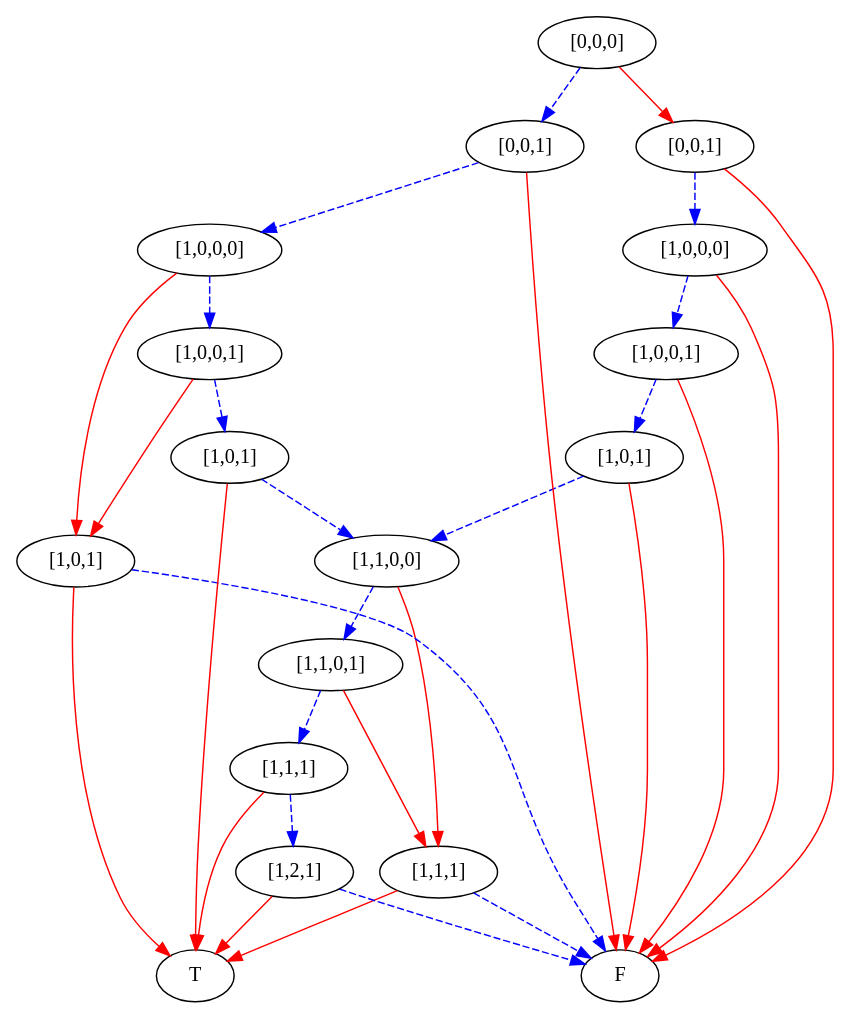
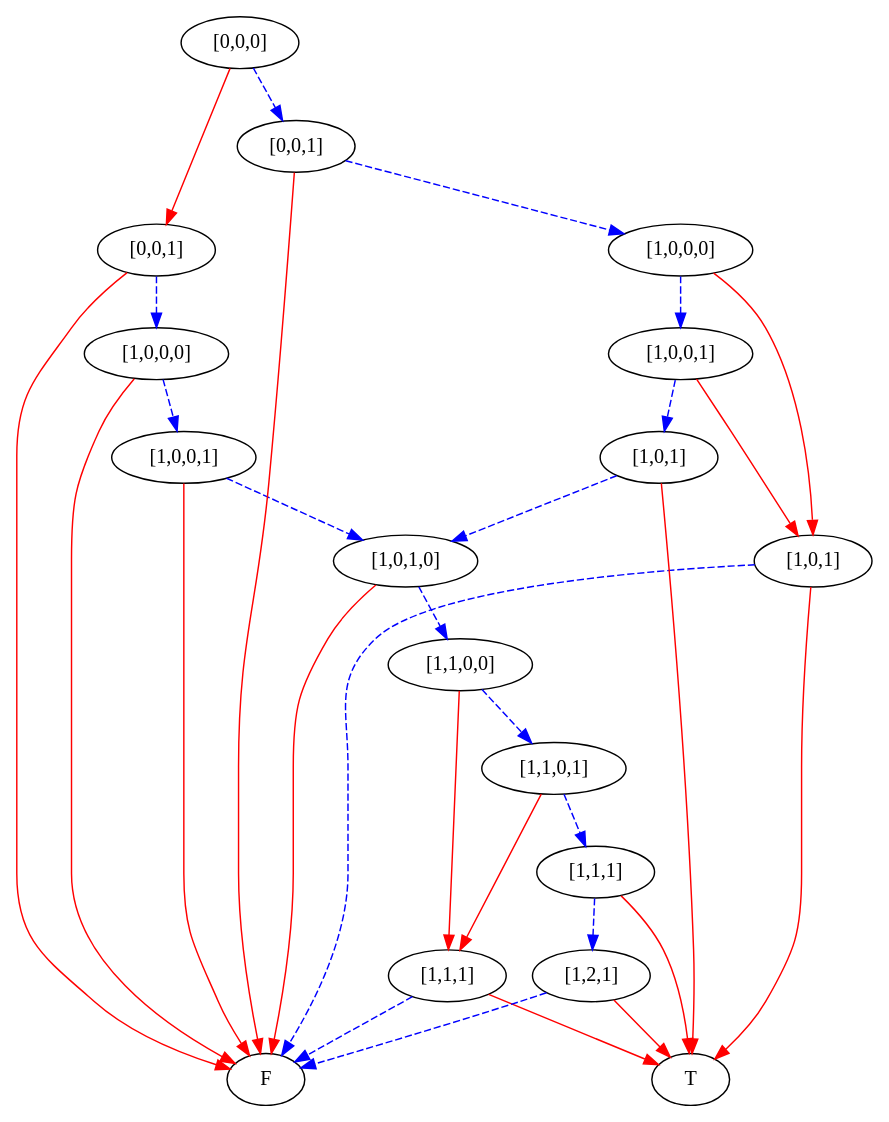
The diagram in simpleProgram5bstates/4.dot (mburyakov/minxmod), drawn with Graphviz before and after one commit. The commit also changed 21 other files, not shown here.

```diff
--- a/simpleProgram5bstates/4.dot
+++ b/simpleProgram5bstates/4.dot
@@ -1,64 +1,64 @@
 digraph {
     1 [label=F];
     2 [label=T];
     3 [label="[1,1,1]"];
     4 [label="[1,2,1]"];
     5 [label="[1,1,1]"];
     6 [label="[1,1,0,1]"];
     7 [label="[1,1,0,0]"];
-    8 [label="[1,0,1]"];
+    8 [label="[1,0,1,0]"];
     9 [label="[1,0,0,1]"];
     10 [label="[1,0,0,0]"];
     11 [label="[0,0,1]"];
     12 [label="[1,0,1]"];
     13 [label="[1,0,1]"];
     14 [label="[1,0,0,1]"];
     15 [label="[1,0,0,0]"];
     16 [label="[0,0,1]"];
     17 [label="[0,0,0]"];
     3 -> 1 [style=dashed
            ,color=blue];
     3 -> 2 [color=red];
     4 -> 1 [style=dashed
            ,color=blue];
     4 -> 2 [color=red];
     5 -> 4 [style=dashed
            ,color=blue];
     5 -> 2 [color=red];
     6 -> 3 [color=red];
     6 -> 5 [style=dashed
            ,color=blue];
     7 -> 3 [color=red];
     7 -> 6 [style=dashed
            ,color=blue];
     8 -> 7 [style=dashed
            ,color=blue];
     8 -> 1 [color=red];
     9 -> 8 [style=dashed
            ,color=blue];
     9 -> 1 [color=red];
     10 -> 9 [style=dashed
             ,color=blue];
     10 -> 1 [color=red];
     11 -> 10 [style=dashed
              ,color=blue];
     11 -> 1 [color=red];
     12 -> 1 [style=dashed
             ,color=blue];
     12 -> 2 [color=red];
-    13 -> 7 [style=dashed
+    13 -> 8 [style=dashed
             ,color=blue];
     13 -> 2 [color=red];
     14 -> 12 [color=red];
     14 -> 13 [style=dashed
              ,color=blue];
     15 -> 12 [color=red];
     15 -> 14 [style=dashed
              ,color=blue];
     16 -> 15 [style=dashed
              ,color=blue];
     16 -> 1 [color=red];
     17 -> 11 [color=red];
     17 -> 16 [style=dashed
              ,color=blue];
 }
```
